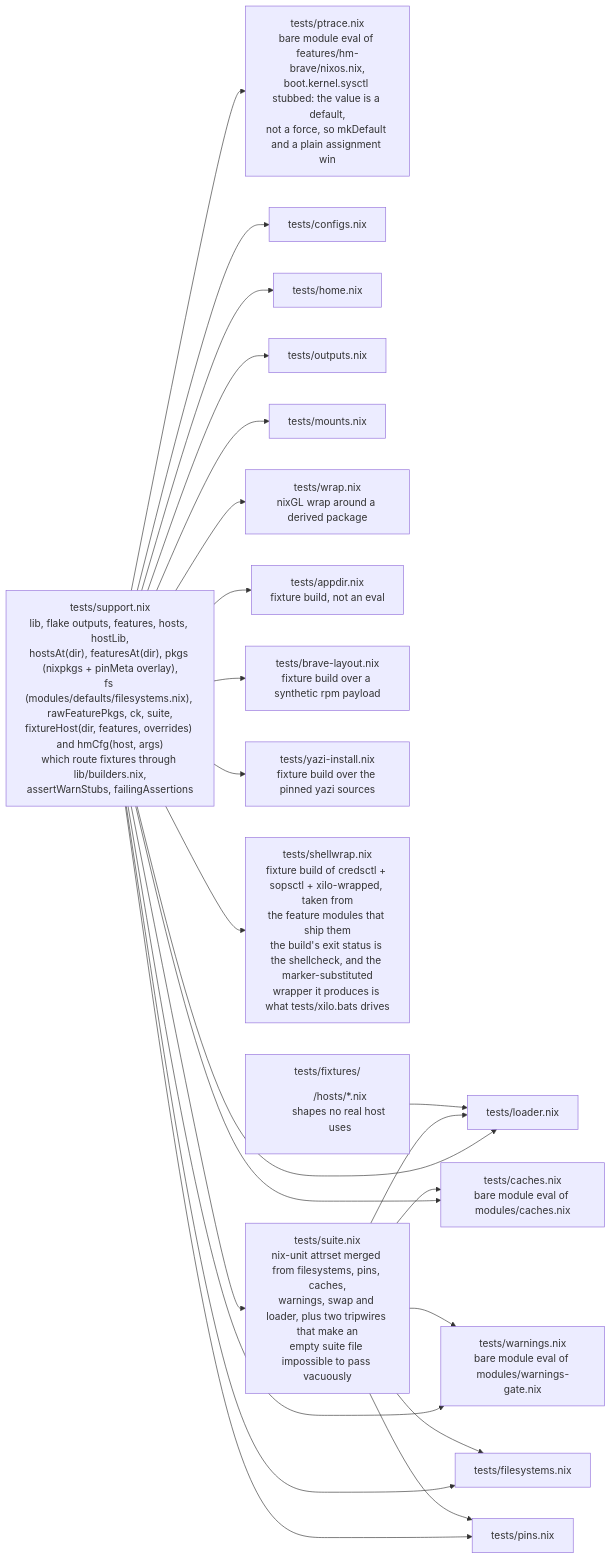
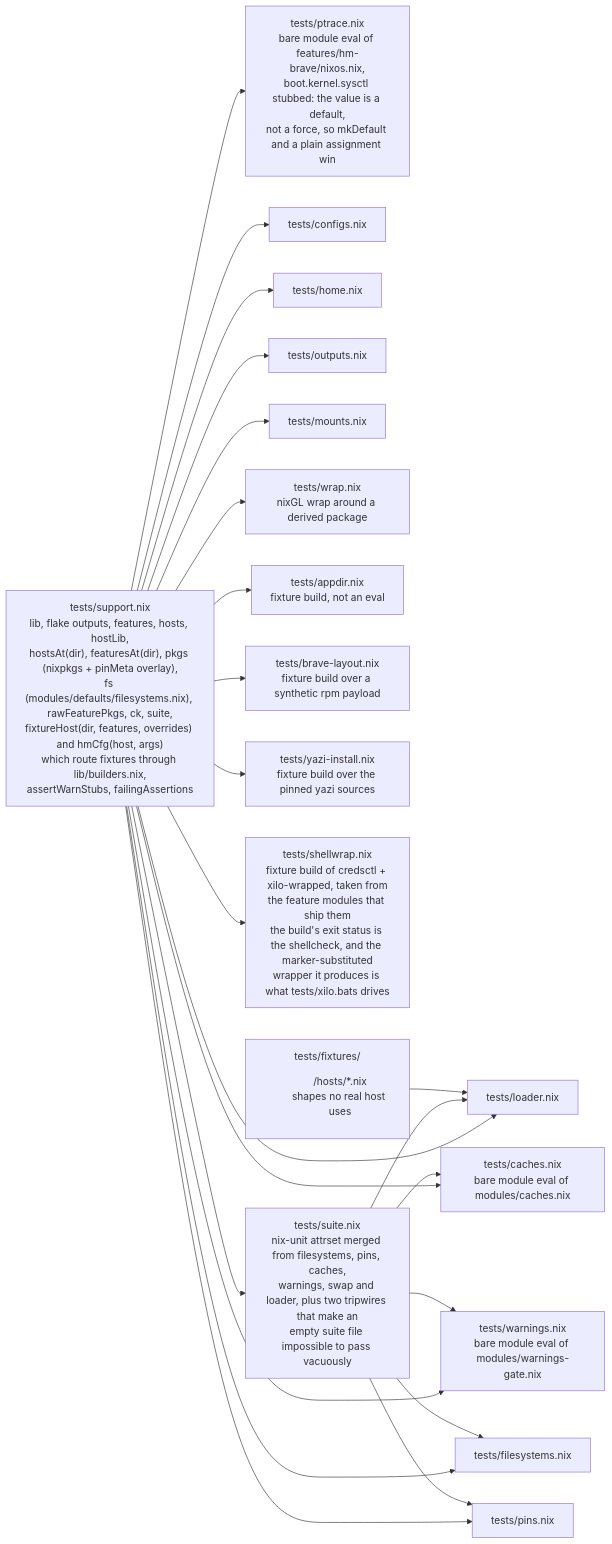
Before and after one commit to WombatFromHell/automatic-palm-tree: the second of 5 diagrams in TEST_DESIGN.md, drawn with Mermaid. The commit also changed other lines of this file and 52 other files, not shown here.

````diff
--- a/TEST_DESIGN.md
+++ b/TEST_DESIGN.md
@@ -199,25 +201,25 @@
 ```mermaid
 flowchart LR
   S["tests/support.nix<br/>lib, flake outputs, features, hosts, hostLib,<br/>hostsAt(dir), featuresAt(dir), pkgs (nixpkgs + pinMeta overlay),<br/>fs (modules/defaults/filesystems.nix), rawFeaturePkgs, ck, suite,<br/>fixtureHost(dir, features, overrides) and hmCfg(host, args)<br/>which route fixtures through lib/builders.nix,<br/>assertWarnStubs, failingAssertions"] --> L["tests/loader.nix"]
   S --> CA["tests/caches.nix<br/>bare module eval of modules/caches.nix"]
   S --> WA["tests/warnings.nix<br/>bare module eval of modules/warnings-gate.nix"]
   S --> PT["tests/ptrace.nix<br/>bare module eval of features/hm-brave/nixos.nix,<br/>boot.kernel.sysctl stubbed: the value is a default,<br/>not a force, so mkDefault and a plain assignment win"]
   S --> C["tests/configs.nix"]
   S --> H["tests/home.nix"]
   S --> O["tests/outputs.nix"]
   S --> F["tests/filesystems.nix"]
   S --> M["tests/mounts.nix"]
   S --> PI["tests/pins.nix"]
   S --> WR["tests/wrap.nix<br/>nixGL wrap around a derived package"]
   S --> AP["tests/appdir.nix<br/>fixture build, not an eval"]
   S --> BL["tests/brave-layout.nix<br/>fixture build over a synthetic rpm payload"]
   S --> YZ["tests/yazi-install.nix<br/>fixture build over the pinned yazi sources"]
-  S --> SW["tests/shellwrap.nix<br/>fixture build of credsctl + sopsctl + xilo-wrapped, taken from<br/>the feature modules that ship them<br/>the build's exit status is the shellcheck, and the marker-substituted<br/>wrapper it produces is what tests/xilo.bats drives"]
+  S --> SW["tests/shellwrap.nix<br/>fixture build of credsctl + xilo-wrapped, taken from<br/>the feature modules that ship them<br/>the build's exit status is the shellcheck, and the marker-substituted<br/>wrapper it produces is what tests/xilo.bats drives"]
   S --> SU["tests/suite.nix<br/>nix-unit attrset merged from filesystems, pins, caches,<br/>warnings, swap and loader, plus two tripwires that make an<br/>empty suite file impossible to pass vacuously"]
   SU --> L
   SU --> CA
   SU --> WA
   SU --> F
   SU --> PI
   FX["tests/fixtures/<dir>/hosts/*.nix<br/>shapes no real host uses"] --> L
 ```
````
